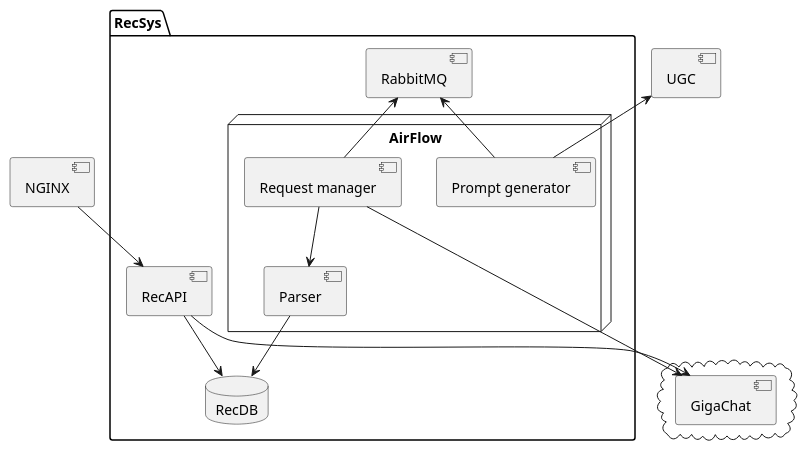
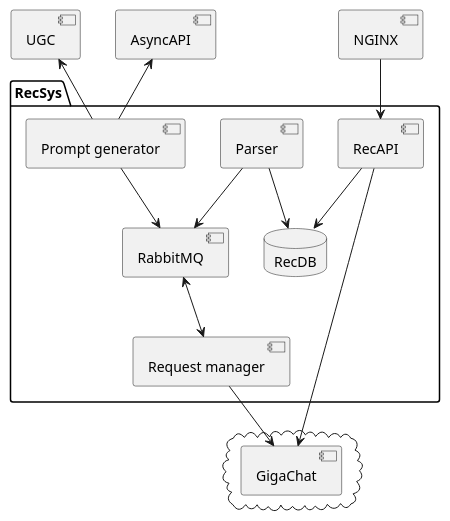
Before and after one commit to ivanwolodin/graduate_work: the diagram in project architecture.puml, drawn with PlantUML. The commit also changed 10 other files, not shown here.

```diff
--- a/project architecture.puml
+++ b/project architecture.puml
@@ -1,28 +1,27 @@
 @startuml
 'https://plantuml.com/component-diagram
 
 [NGINX]
 [UGC]
 
 package "RecSys" {
-  node "AirFlow"{
-    [Prompt generator]
-    [Request manager] --> [Parser]
-  }
+  [Prompt generator]
   [NGINX] --> [RecAPI]
   [Prompt generator] --> [RabbitMQ]
-  [RabbitMQ] <-- [Request manager]
-  [Parser]
+  [RabbitMQ] <--> [Request manager]
+  [Parser] --> [RabbitMQ]
   database RecDB
 }
 
 cloud {
     [GigaChat]
 }
 
 [RecAPI] --> [RecDB]
 [Request manager] --> [GigaChat]
 [Parser] --> [RecDB]
 [RecAPI] --> [GigaChat]
 [UGC] <-- [Prompt generator]
+[AsyncAPI] <-- [Prompt generator]
+
 @enduml
```
